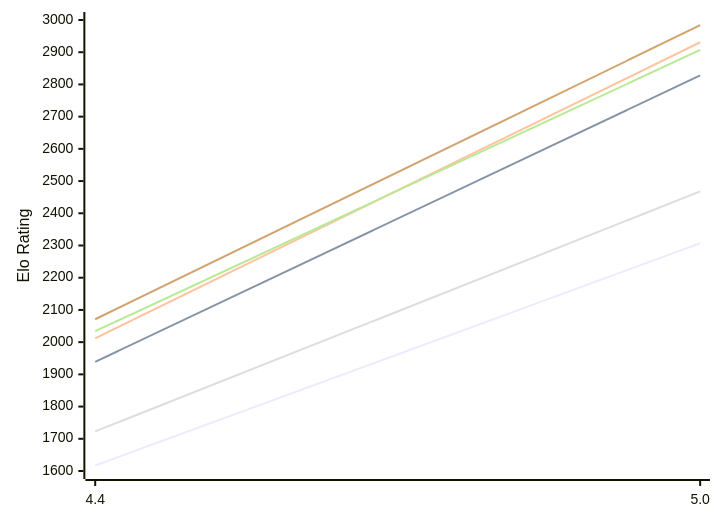
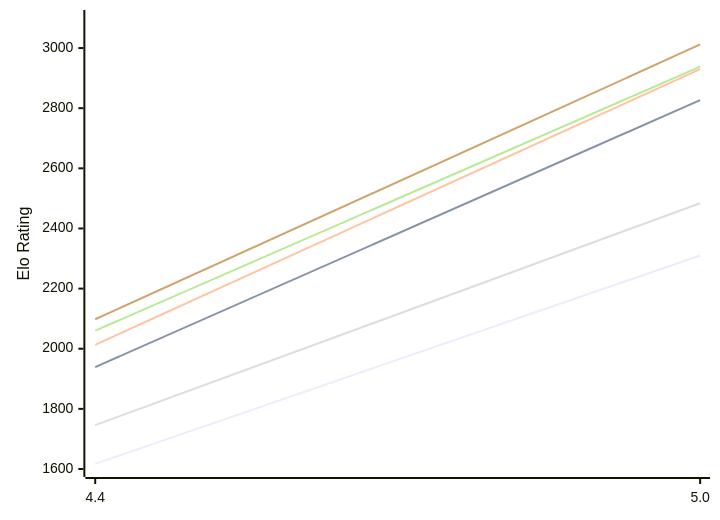
Before and after one commit to computer-chess-index/cci: the first of 2 diagrams in engines/Radiance.md, drawn with Mermaid. The commit also changed other lines of this file, not shown here.

Commit message:
Update CCI Ratings (ELO VLTC) - 2026-11-04

````diff
--- a/engines/Radiance.md
+++ b/engines/Radiance.md
@@ -51,12 +51,12 @@
 ```mermaid
 %%{init: {"theme":"base","themeVariables":{"seriesColors:['#a3a3a3','#222221','#faa371']}}}%%
 xychart-beta
   x-axis ["4.4", "5.0"]
-  y-axis "Elo Rating" 1600 --> 3000
-  line "E1: STC (8.0+0.08s)" [1617, 2307]
-  line "E1: LTC (60.0+0.60s)" [1939, 2828]
-  line "E1: VLTC (2m24s+1.12s)" [2012, 2931]
-  line "P1: STC (8.0+0.08s)" [1723, 2468]
-  line "P1: LTC (60.0+0.60s)" [2034, 2907]
-  line "P1: VLTC (2m24s+1.12s)" [2071, 2984]
+  y-axis "Elo Rating" 1600 --> 3100
+  line "E1: STC (8.0+0.08s)" [1617, 2310]
+  line "E1: LTC (60.0+0.60s)" [1939, 2827]
+  line "E1: VLTC (2m24s+1.12s)" [2013, 2930]
+  line "P1: STC (8.0+0.08s)" [1746, 2484]
+  line "P1: LTC (60.0+0.60s)" [2060, 2938]
+  line "P1: VLTC (2m24s+1.12s)" [2098, 3012]
 ```
````
